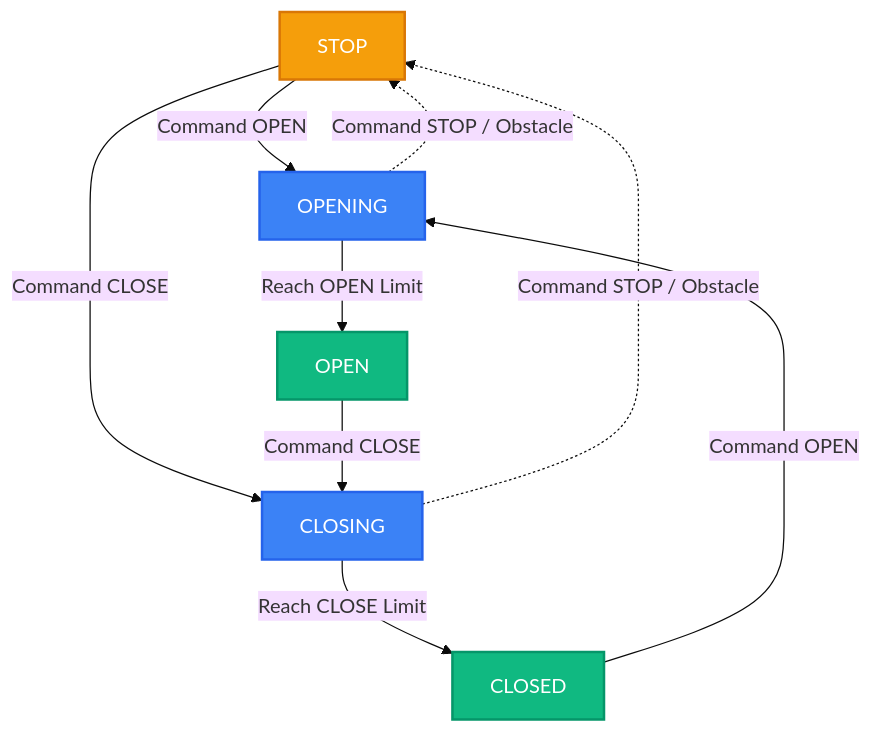
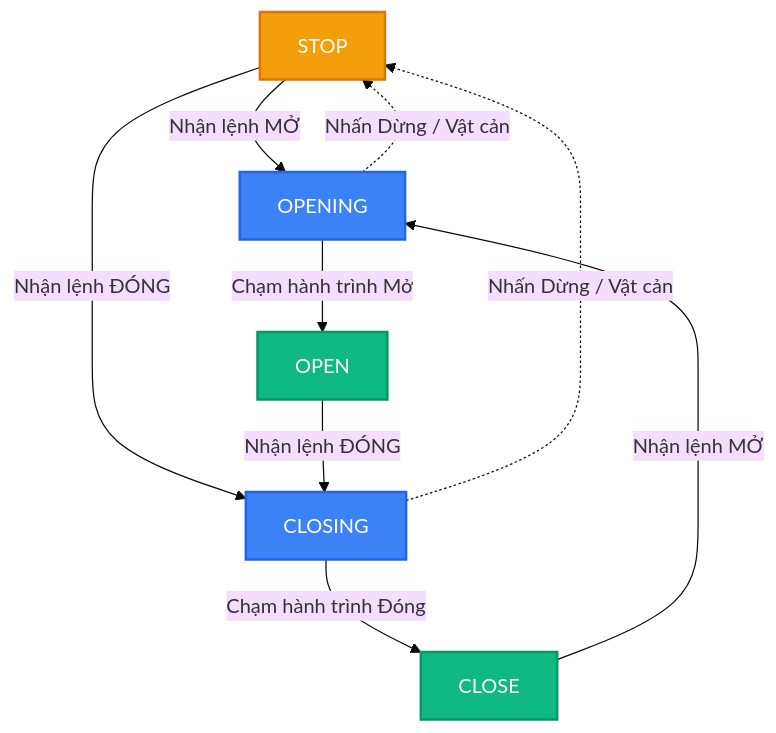
Before and after one commit to ninht365/ESP32-S3-BARRIER: the diagram in docs/Bao_Cao_Tien_Do_Du_An.md, drawn with Mermaid (base theme).

Commit message:
docs: add project progress report document

````diff
--- a/docs/Bao_Cao_Tien_Do_Du_An.md
+++ b/docs/Bao_Cao_Tien_Do_Du_An.md
@@ -57,25 +57,25 @@
 ```mermaid
 graph TD
     classDef stable fill:#10b981,color:#fff,stroke:#059669,stroke-width:2px;
     classDef moving fill:#3b82f6,color:#fff,stroke:#2563eb,stroke-width:2px;
     classDef stopped fill:#f59e0b,color:#fff,stroke:#d97706,stroke-width:2px;
 
     STOP[STOP]:::stopped
     OPEN[OPEN]:::stable
-    CLOSED[CLOSED]:::stable
+    CLOSE[CLOSE]:::stable
     
     OPENING[OPENING]:::moving
     CLOSING[CLOSING]:::moving
 
-    STOP -->|Command OPEN| OPENING
-    STOP -->|Command CLOSE| CLOSING
+    STOP -->|Nhận lệnh MỞ| OPENING
+    STOP -->|Nhận lệnh ĐÓNG| CLOSING
     
-    OPENING -->|Reach OPEN Limit| OPEN
-    CLOSING -->|Reach CLOSE Limit| CLOSED
+    OPENING -->|Chạm hành trình Mở| OPEN
+    CLOSING -->|Chạm hành trình Đóng| CLOSE
     
-    OPEN -->|Command CLOSE| CLOSING
-    CLOSED -->|Command OPEN| OPENING
+    OPEN -->|Nhận lệnh ĐÓNG| CLOSING
+    CLOSE -->|Nhận lệnh MỞ| OPENING
     
-    OPENING -.->|Command STOP / Obstacle| STOP
-    CLOSING -.->|Command STOP / Obstacle| STOP
+    OPENING -.->|Nhấn Dừng / Vật cản| STOP
+    CLOSING -.->|Nhấn Dừng / Vật cản| STOP
 ```
````
